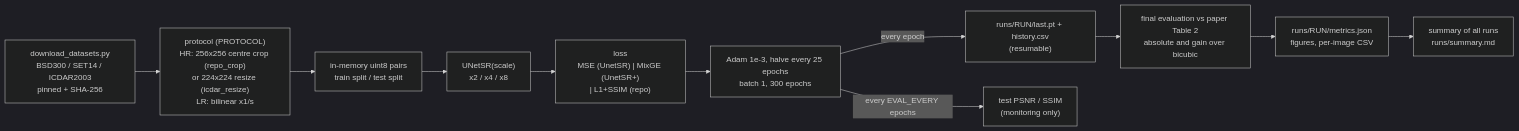
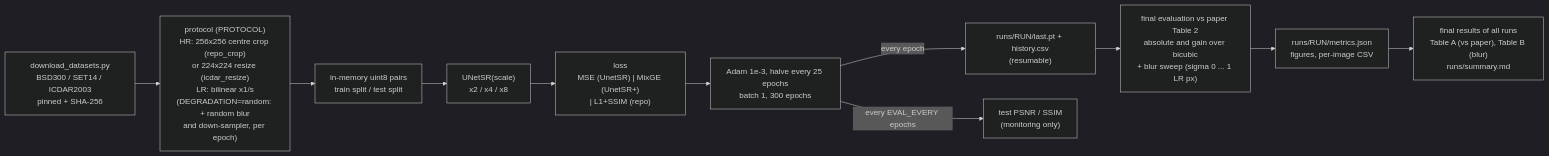
Before and after one commit to Rah-Rah-Mitra/UNet-Training-Blended-PBL-: the third of 3 diagrams in PBL/README.md, drawn with Mermaid (dark theme). The commit also changed other lines of this file and 90 other files, not shown here.

````diff
--- a/PBL/README.md
+++ b/PBL/README.md
@@ -280,13 +296,13 @@
 ```mermaid
 flowchart LR
-  A["download_datasets.py<br/>BSD300 / SET14 / ICDAR2003<br/>pinned + SHA-256"] --> B["protocol (PROTOCOL)<br/>HR: 256x256 centre crop (repo_crop)<br/>or 224x224 resize (icdar_resize)<br/>LR: bilinear x1/s"]
+  A["download_datasets.py<br/>BSD300 / SET14 / ICDAR2003<br/>pinned + SHA-256"] --> B["protocol (PROTOCOL)<br/>HR: 256x256 centre crop (repo_crop)<br/>or 224x224 resize (icdar_resize)<br/>LR: bilinear x1/s<br/>(DEGRADATION=random: + random blur<br/>and down-sampler, per epoch)"]
   B --> C["in-memory uint8 pairs<br/>train split / test split"]
   C --> D["UNetSR(scale)<br/>x2 / x4 / x8"]
   D --> E["loss<br/>MSE (UnetSR) | MixGE (UnetSR+)<br/>| L1+SSIM (repo)"]
   E --> F["Adam 1e-3, halve every 25 epochs<br/>batch 1, 300 epochs"]
   F -->|"every epoch"| G["runs/RUN/last.pt + history.csv<br/>(resumable)"]
   F -->|"every EVAL_EVERY epochs"| H["test PSNR / SSIM<br/>(monitoring only)"]
-  G --> I["final evaluation vs paper Table 2<br/>absolute and gain over bicubic"]
+  G --> I["final evaluation vs paper Table 2<br/>absolute and gain over bicubic<br/>+ blur sweep (sigma 0 ... 1 LR px)"]
   I --> J["runs/RUN/metrics.json<br/>figures, per-image CSV"]
-  J --> K["summary of all runs<br/>runs/summary.md"]
+  J --> K["final results of all runs<br/>Table A (vs paper), Table B (blur)<br/>runs/summary.md"]
 ```
````
